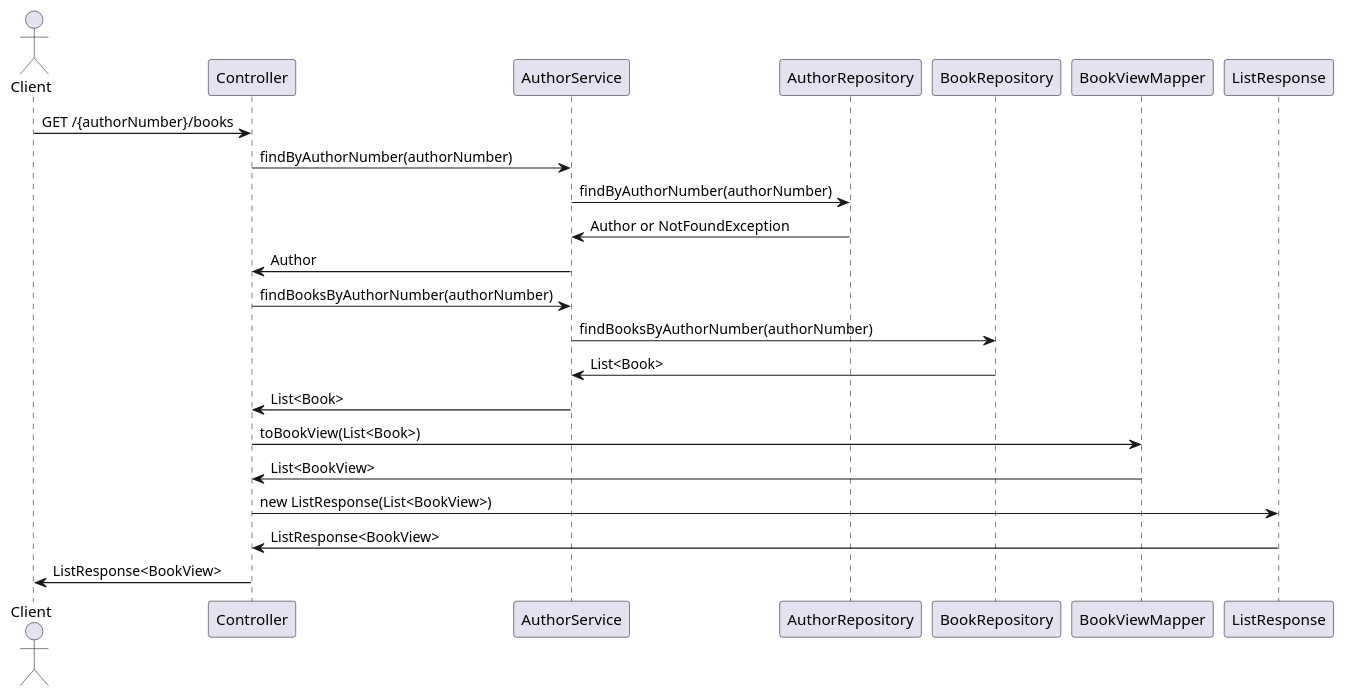
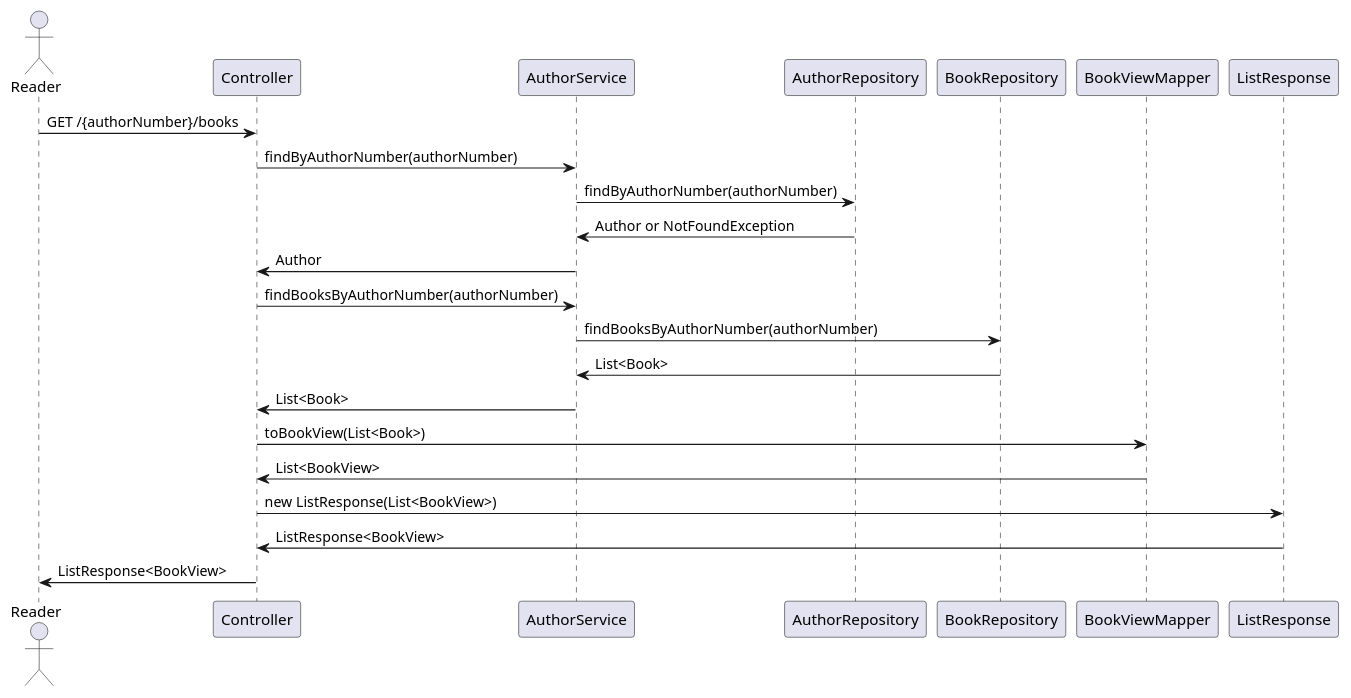
Before and after one commit to rutemf/1220944_1220772_G01: the diagram in Docs/Phase2/WP2B-Authors/Ph2-4-KnowBooksAnAuthor/Ph2-4-KnowBooksAnAuthor.puml, drawn with PlantUML. The commit also changed 3 other files, not shown here.

```diff
--- a/Docs/Phase2/WP2B-Authors/Ph2-4-KnowBooksAnAuthor/Ph2-4-KnowBooksAnAuthor.puml
+++ b/Docs/Phase2/WP2B-Authors/Ph2-4-KnowBooksAnAuthor/Ph2-4-KnowBooksAnAuthor.puml
@@ -1,30 +1,30 @@
 @startuml
 
-actor Client
+actor Reader
 participant Controller
 participant AuthorService
 participant AuthorRepository
 participant BookRepository
 participant BookViewMapper
 participant ListResponse
 
-Client -> Controller: GET /{authorNumber}/books
+Reader -> Controller: GET /{authorNumber}/books
 Controller -> AuthorService: findByAuthorNumber(authorNumber)
 AuthorService -> AuthorRepository: findByAuthorNumber(authorNumber)
 AuthorRepository -> AuthorService: Author or NotFoundException
 AuthorService -> Controller: Author
 
 Controller -> AuthorService: findBooksByAuthorNumber(authorNumber)
 AuthorService -> BookRepository: findBooksByAuthorNumber(authorNumber)
 BookRepository -> AuthorService: List<Book>
 AuthorService -> Controller: List<Book>
 
 Controller -> BookViewMapper: toBookView(List<Book>)
 BookViewMapper -> Controller: List<BookView>
 
 Controller -> ListResponse: new ListResponse(List<BookView>)
 ListResponse -> Controller: ListResponse<BookView>
 
-Controller -> Client: ListResponse<BookView>
+Controller -> Reader: ListResponse<BookView>
 
 @enduml
```
